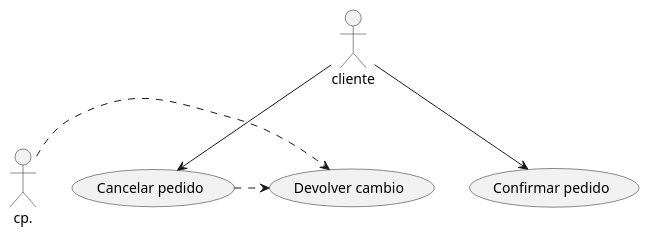
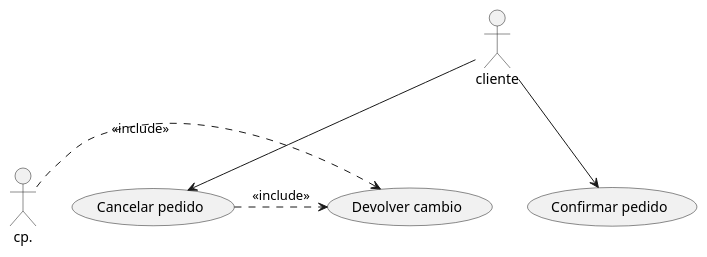
The diagram in Diagrama2.puml (Davhemir/CasosUso1), drawn with PlantUML before and after one commit. The commit also changed 1 other file, not shown here.

Commit message:
Diagrama 6

```diff
--- a/Diagrama2.puml
+++ b/Diagrama2.puml
@@ -1,16 +1,16 @@
 @startuml
 
 :cliente: as c
 
 (Confirmar pedido) as cp
 (Cancelar pedido) as cnp
 (Devolver cambio) as dc
 
 c--> cp
 c--> cnp
-cp..>dc
-cnp.> dc
+cp..>dc : <<include>>
+cnp.> dc : <<include>>
 
 
 
 @enduml
```
